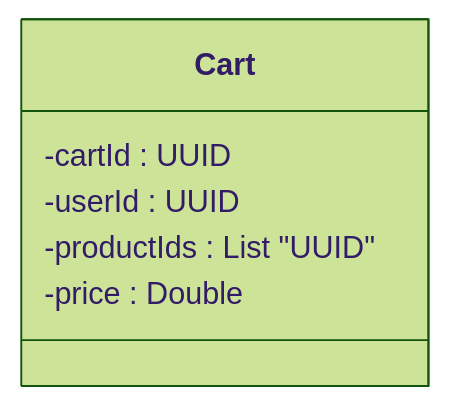
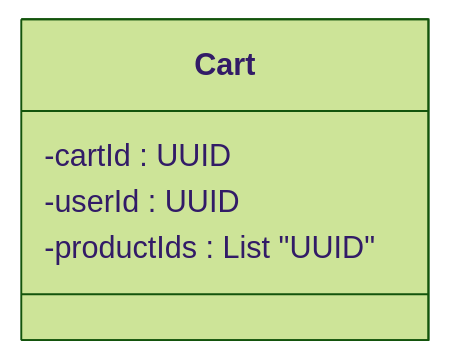
Before and after one commit to fruzsina-banyai/webshop: the fourth of 7 diagrams in documentation/shopping_cart/shopping_cart.md, drawn with Mermaid (forest theme). The commit also changed other lines of this file, not shown here.

````diff
--- a/documentation/shopping_cart/shopping_cart.md
+++ b/documentation/shopping_cart/shopping_cart.md
@@ -29,9 +30,8 @@
 ```mermaid
 classDiagram
   class Cart {
     -cartId : UUID
     -userId : UUID
     -productIds : List "UUID"
-    -price : Double
   }
 ```
````
